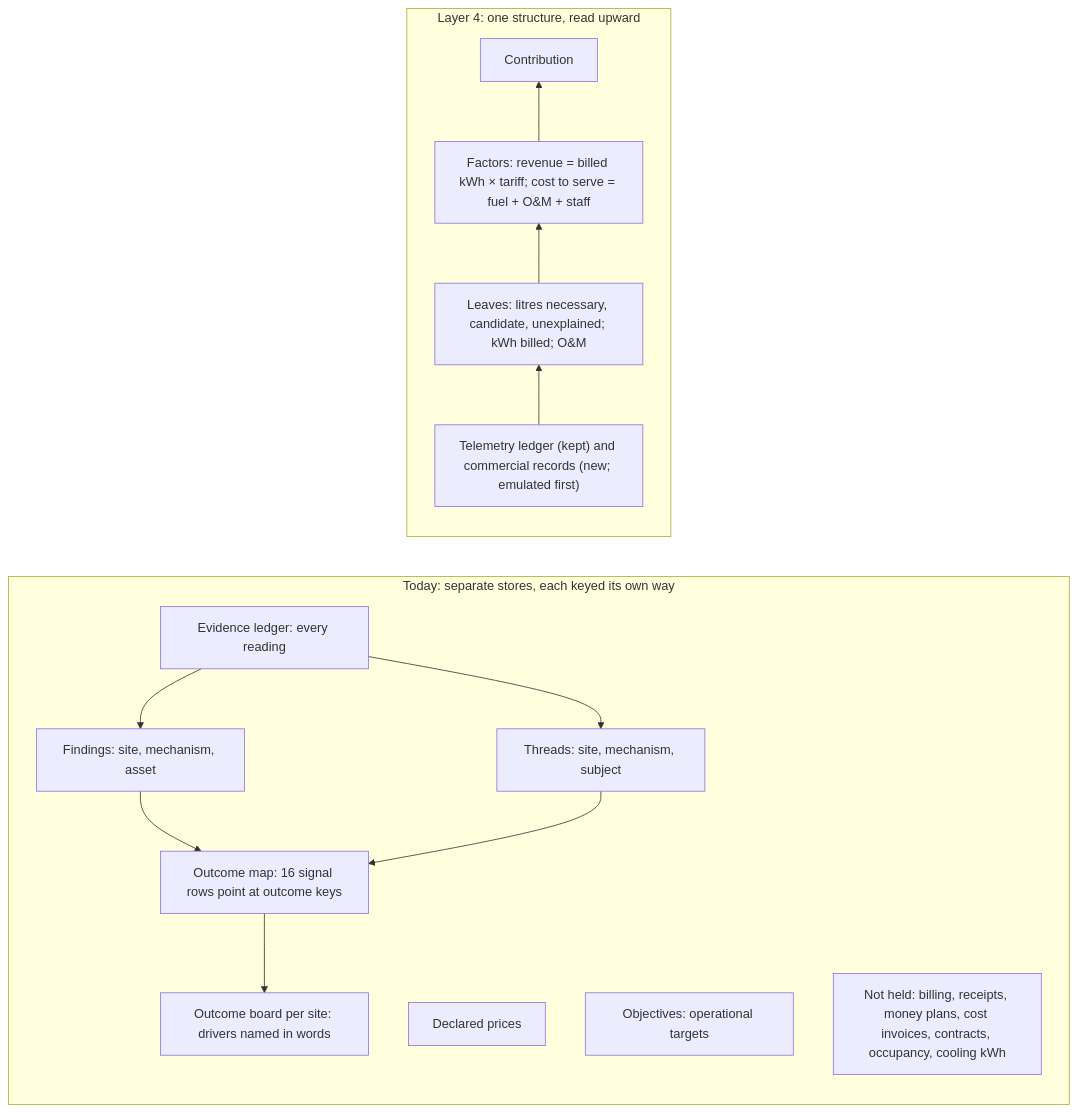
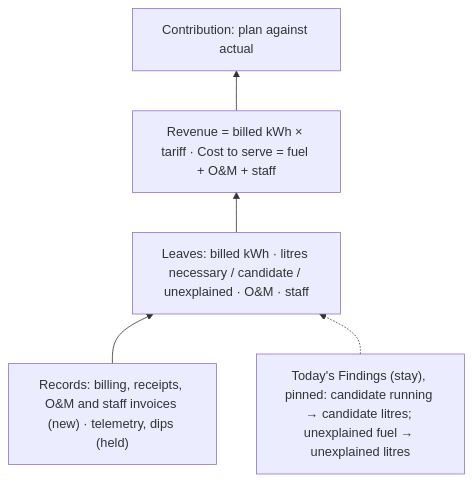
The second of 10 diagrams in Docs/demo-sprint/product-direction-layer4/layer4-transformation-design.md (bineyame/AssetOpsV1), drawn with Mermaid before and after one commit. The commit also changed other lines of this file and 5 other files, not shown here.

First line of the commit message:
Layer 4 design rev 16: regenerated on the owner's structure (Phase B)

````diff
--- a/Docs/demo-sprint/product-direction-layer4/layer4-transformation-design.md
+++ b/Docs/demo-sprint/product-direction-layer4/layer4-transformation-design.md
@@ -67,16 +257,6 @@
 ```mermaid
-flowchart LR
-  subgraph T["Today: separate stores, each keyed its own way"]
-    direction TB
-    EL["Evidence ledger: every reading"] --> FI["Findings: site, mechanism, asset"] & TH["Threads: site, mechanism, subject"]
-    FI & TH --> OM["Outcome map: 16 signal rows point at outcome keys"] --> OB["Outcome board per site: drivers named in words"]
-    PR["Declared prices"]
-    OBJ["Objectives: operational targets"]
-    NH["Not held: billing, receipts, money plans, cost invoices, contracts, occupancy, cooling kWh"]
-  end
-  subgraph L["Layer 4: one structure, read upward"]
-    direction BT
-    SRC["Telemetry ledger (kept) and commercial records (new; emulated first)"] --> LEAF["Leaves: litres necessary, candidate, unexplained; kWh billed; O&M"]
-    LEAF --> F["Factors: revenue = billed kWh × tariff; cost to serve = fuel + O&M + staff"] --> C["Contribution"]
-  end
+flowchart BT
+  R["Records: billing, receipts, O&M and staff invoices (new) · telemetry, dips (held)"] --> L["Leaves: billed kWh · litres necessary / candidate / unexplained · O&M · staff"]
+  L --> F["Revenue = billed kWh × tariff · Cost to serve = fuel + O&M + staff"] --> C["Contribution: plan against actual"]
+  FD["Today's Findings (stay), pinned: candidate running → candidate litres; unexplained fuel → unexplained litres"] -.-> L
 ```
````
